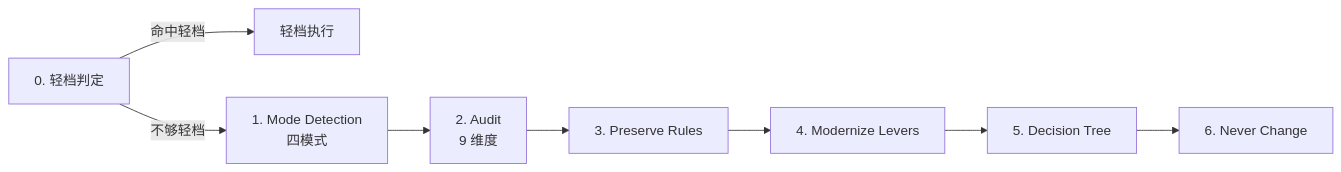
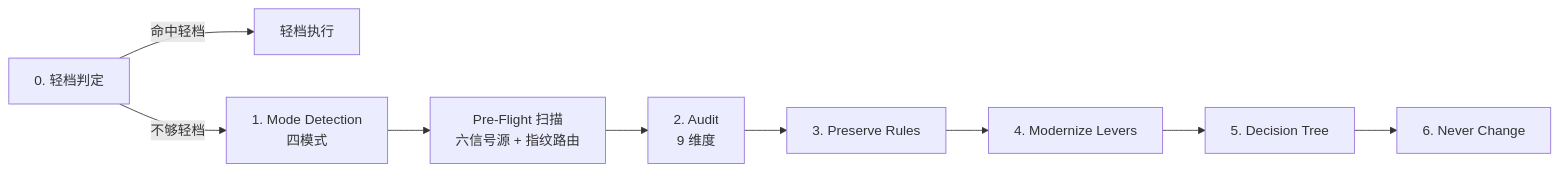
Before and after one commit to Kirky-X/maliang: the first of 2 diagrams in references/commands/redesign.md, drawn with Mermaid. The commit also changed other lines of this file and 119 other files, not shown here.

````diff
--- a/references/commands/redesign.md
+++ b/references/commands/redesign.md
@@ -75,10 +75,11 @@
 ```mermaid
 flowchart LR
   A0["0. 轻档判定"] -->|"命中轻档"| Z["轻档执行"]
   A0 -->|"不够轻档"| A["1. Mode Detection<br/>四模式"]
-  A --> B["2. Audit<br/>9 维度"]
+  A --> P["Pre-Flight 扫描<br/>六信号源 + 指纹路由"]
+  P --> B["2. Audit<br/>9 维度"]
   B --> C["3. Preserve Rules"]
   C --> D["4. Modernize Levers"]
   D --> E["5. Decision Tree"]
   E --> F["6. Never Change"]
 ```
````
